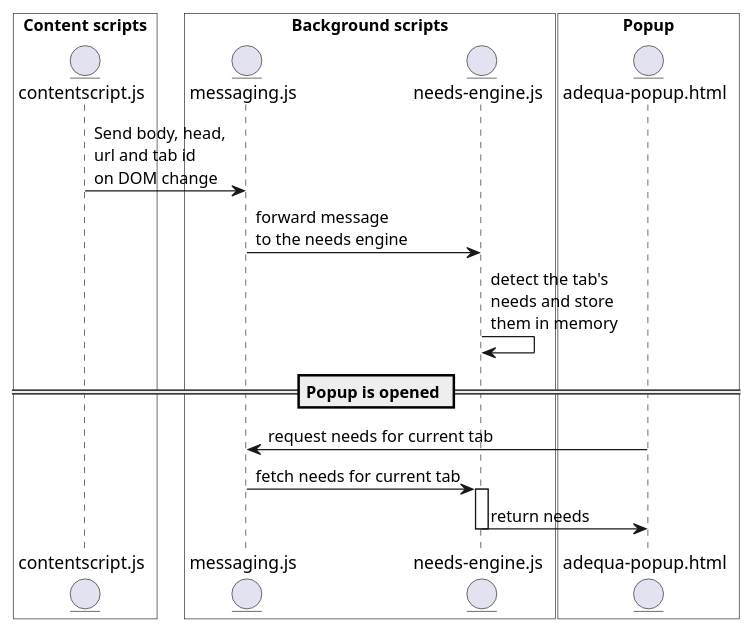
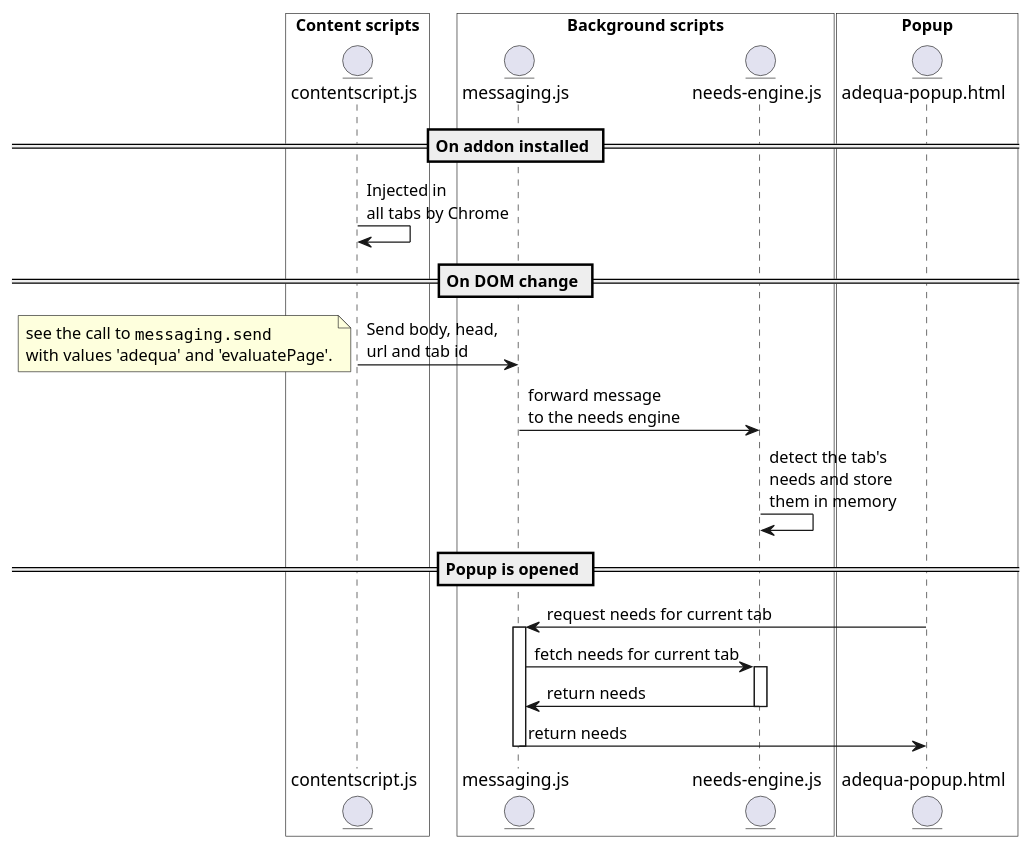
Before and after one commit to Adequa/adequa-addon: the diagram in doc.plantuml, drawn with PlantUML. The commit also changed 34 other files, not shown here.

```diff
--- a/doc.plantuml
+++ b/doc.plantuml
@@ -1,27 +1,42 @@
 @startuml
 
 
 box "Content scripts" #White
 	entity "contentscript.js" as contentScript
 end box
 
 box "Background scripts" #White
     entity "messaging.js" as messaging
     entity "needs-engine.js" as needsEngine
 end box
 
 box "Popup" #White
 	entity "adequa-popup.html" as popup
 end box
 
-contentScript -> messaging: Send body, head,\nurl and tab id\non DOM change
+== On addon installed ==
+contentScript -> contentScript : Injected in\nall tabs by Chrome
+== On DOM change ==
+contentScript -> messaging: Send body, head,\nurl and tab id
+note left
+    see the call to ""messaging.send""
+    with values 'adequa' and 'evaluatePage'.
+end note
 messaging -> needsEngine: forward message\nto the needs engine
 needsEngine -> needsEngine: detect the tab's\nneeds and store\nthem in memory
 
 == Popup is opened ==
+
 popup -> messaging: request needs for current tab
+
+activate messaging
 messaging -> needsEngine: fetch needs for current tab
+
 activate needsEngine
-needsEngine -> popup: return needs
+needsEngine -> messaging: return needs
 deactivate needsEngine
+
+messaging -> popup: return needs
+deactivate messaging
+
 @enduml
```
